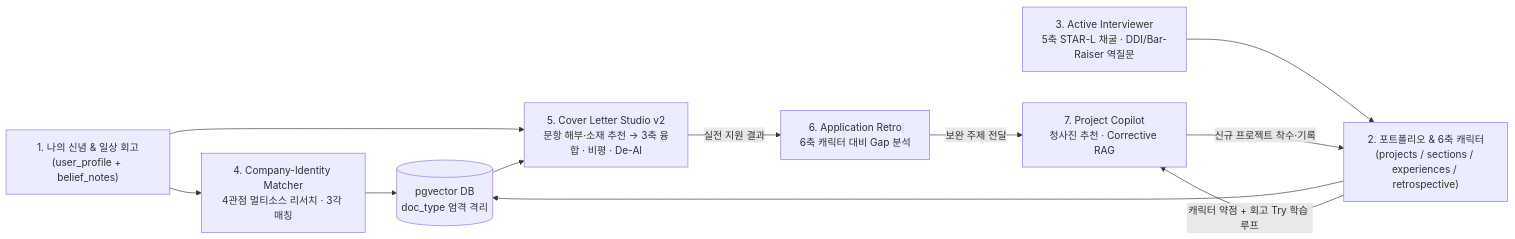
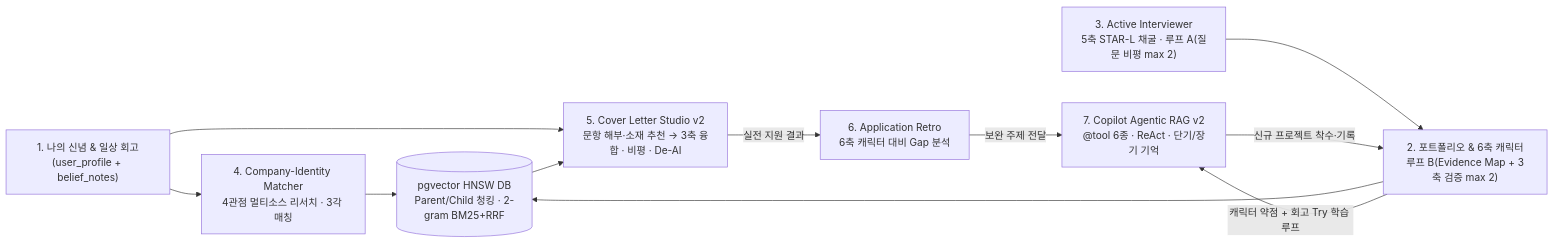
The first of 5 diagrams in WORKFLOWS.md (KASOP0306/write-on-vibe-lab), drawn with Mermaid before and after one commit. The commit also changed other lines of this file and 2 other files, not shown here.

Commit message:
docs: document full LLM, LangChain, LangGraph, RAG v2, and Loop A/B architecture inventory

````diff
--- a/WORKFLOWS.md
+++ b/WORKFLOWS.md
@@ -9,13 +9,13 @@
 ```mermaid
 flowchart LR
     ID["1. 나의 신념 & 일상 회고\n(user_profile + belief_notes)"] --> W2
     ID --> W3
-    W1["3. Active Interviewer\n5축 STAR-L 채굴 · DDI/Bar-Raiser 역질문"] --> PF["2. 포트폴리오 & 6축 캐릭터\n(projects / sections / experiences / retrospective)"]
-    PF --> VDB[("pgvector DB\ndoc_type 엄격 격리")]
+    W1["3. Active Interviewer\n5축 STAR-L 채굴 · 루프 A(질문 비평 max 2)"] --> PF["2. 포트폴리오 & 6축 캐릭터\n루프 B(Evidence Map + 3축 검증 max 2)"]
+    PF --> VDB[("pgvector HNSW DB\nParent/Child 청킹 · 2-gram BM25+RRF")]
     W2["4. Company-Identity Matcher\n4관점 멀티소스 리서치 · 3각 매칭"] --> VDB
     VDB --> W3["5. Cover Letter Studio v2\n문항 해부·소재 추천 → 3축 융합 · 비평 · De-AI"]
     W3 -->|"실전 지원 결과"| W4B["6. Application Retro\n6축 캐릭터 대비 Gap 분석"]
-    W4B -->|"보완 주제 전달"| W4A["7. Project Copilot\n청사진 추천 · Corrective RAG"]
+    W4B -->|"보완 주제 전달"| W4A["7. Copilot Agentic RAG v2\n@tool 6종 · ReAct · 단기/장기 기억"]
     PF -->|"캐릭터 약점 + 회고 Try 학습 루프"| W4A
     W4A -->|"신규 프로젝트 착수·기록"| PF
 ```
````
